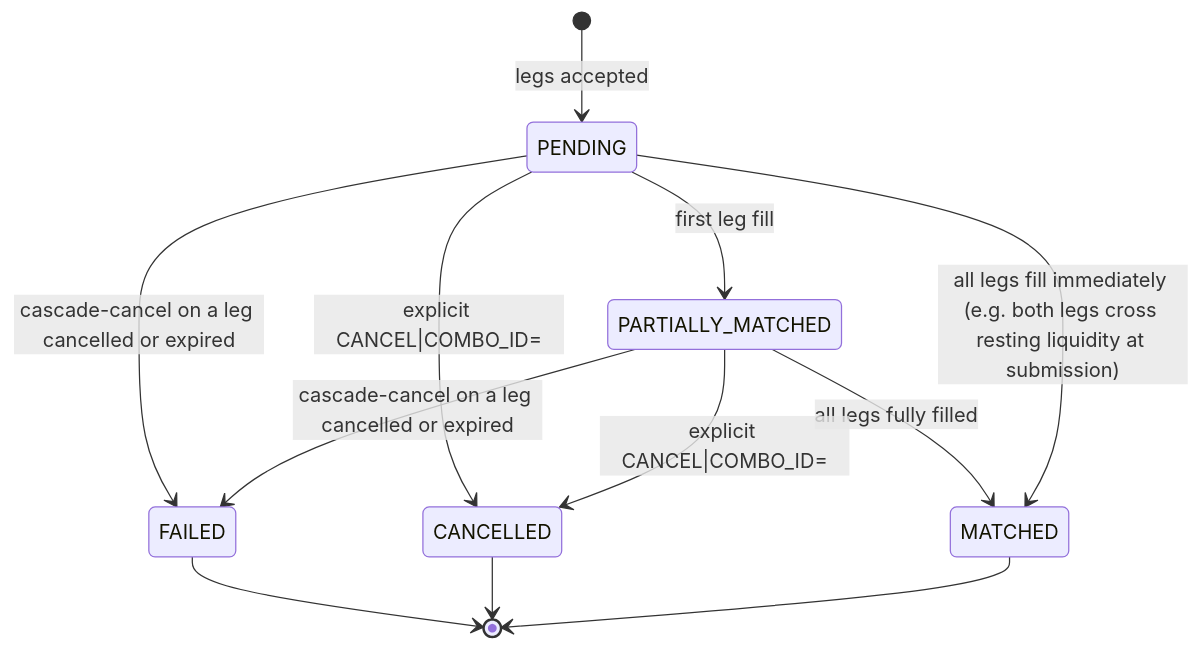
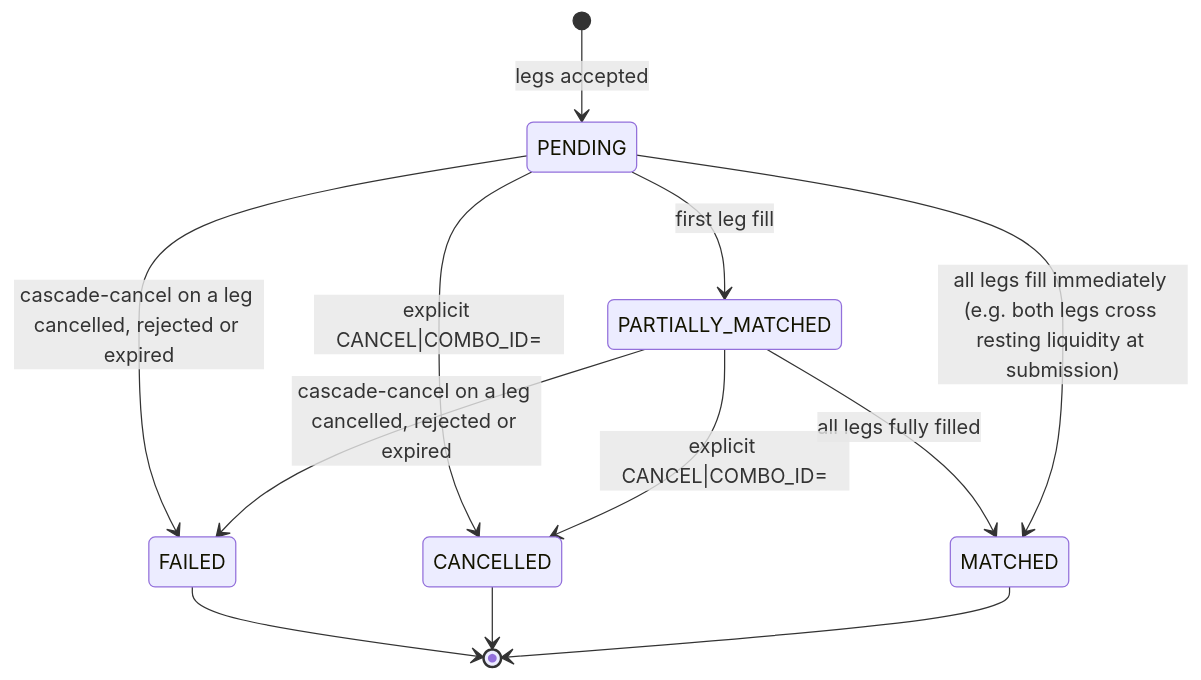
Before and after one commit to johan162/EduMatcher: the diagram in docs/books/participant-guide/part-2-orders/030-combo-and-oco-orders.md, drawn with Mermaid. The commit also changed other lines of this file and 6 other files, not shown here.

````diff
--- a/docs/books/participant-guide/part-2-orders/030-combo-and-oco-orders.md
+++ b/docs/books/participant-guide/part-2-orders/030-combo-and-oco-orders.md
@@ -208,14 +208,14 @@
 ```mermaid
 stateDiagram-v2
     [*] --> PENDING : legs accepted
     PENDING --> PARTIALLY_MATCHED : first leg fill
     PARTIALLY_MATCHED --> MATCHED : all legs fully filled
     PENDING --> MATCHED : all legs fill immediately (e.g. both legs cross resting liquidity at submission)
-    PENDING --> FAILED : cascade-cancel on a leg cancelled or expired
-    PARTIALLY_MATCHED --> FAILED : cascade-cancel on a leg cancelled or expired
+    PENDING --> FAILED : cascade-cancel on a leg cancelled, rejected or expired
+    PARTIALLY_MATCHED --> FAILED : cascade-cancel on a leg cancelled, rejected or expired
     PENDING --> CANCELLED : explicit CANCEL|COMBO_ID=
     PARTIALLY_MATCHED --> CANCELLED : explicit CANCEL|COMBO_ID=
     FAILED --> [*]
     CANCELLED --> [*]
     MATCHED --> [*]
 ```
````
